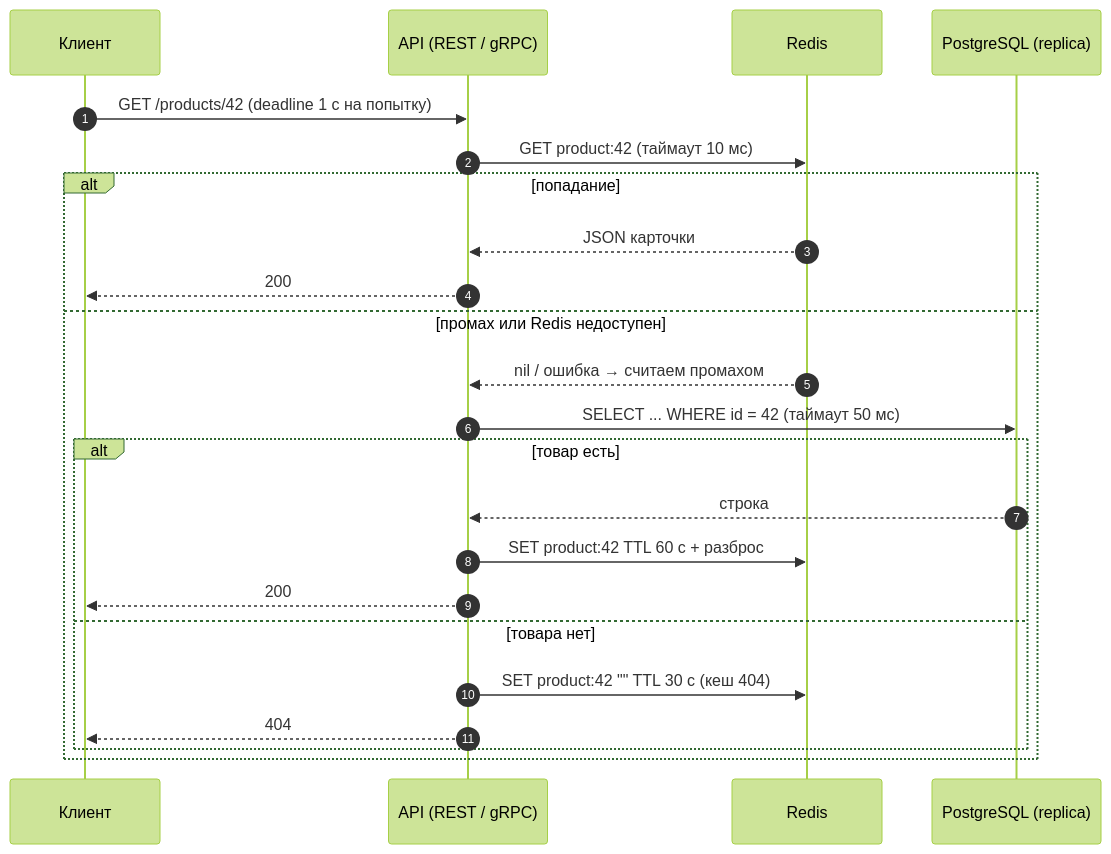
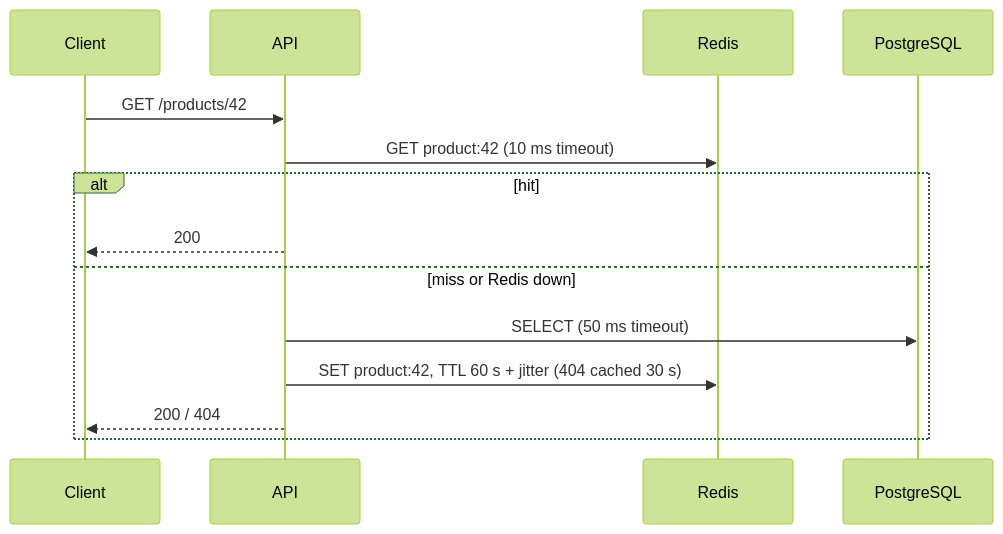
The second of 3 diagrams in sis-2/README.md (BEknUur/kbtu-higload-backend), drawn with Mermaid (forest theme) before and after one commit. The commit also changed other lines of this file and 1 other file, not shown here.

````diff
--- a/sis-2/README.md
+++ b/sis-2/README.md
@@ -119,26 +78,16 @@
 ```mermaid
 sequenceDiagram
-    autonumber
-    participant C as Клиент
-    participant A as API (REST / gRPC)
+    participant C as Client
+    participant A as API
     participant R as Redis
-    participant DB as PostgreSQL (replica)
-
-    C->>A: GET /products/42 (deadline 1 с на попытку)
-    A->>R: GET product:42 (таймаут 10 мс)
-    alt попадание
-        R-->>A: JSON карточки
+    participant DB as PostgreSQL
+    C->>A: GET /products/42
+    A->>R: GET product:42 (10 ms timeout)
+    alt hit
         A-->>C: 200
-    else промах или Redis недоступен
-        R-->>A: nil / ошибка → считаем промахом
-        A->>DB: SELECT ... WHERE id = 42 (таймаут 50 мс)
-        alt товар есть
-            DB-->>A: строка
-            A->>R: SET product:42 TTL 60 с + разброс
-            A-->>C: 200
-        else товара нет
-            A->>R: SET product:42 "" TTL 30 с (кеш 404)
-            A-->>C: 404
-        end
+    else miss or Redis down
+        A->>DB: SELECT (50 ms timeout)
+        A->>R: SET product:42, TTL 60 s + jitter (404 cached 30 s)
+        A-->>C: 200 / 404
     end
 ```
````
